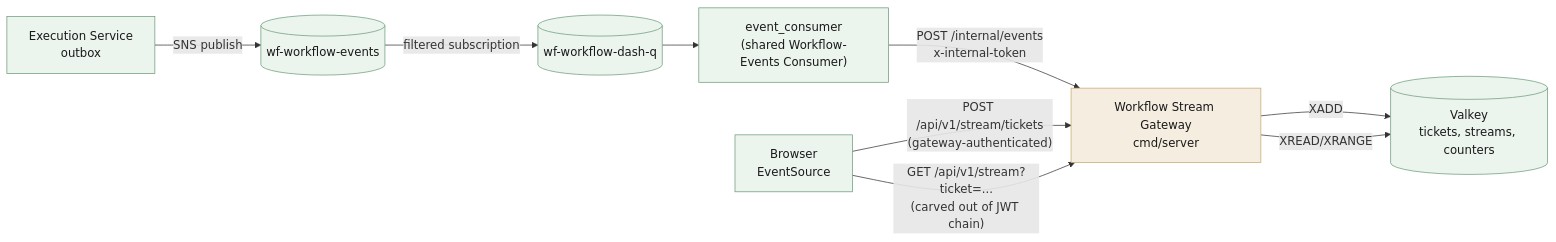
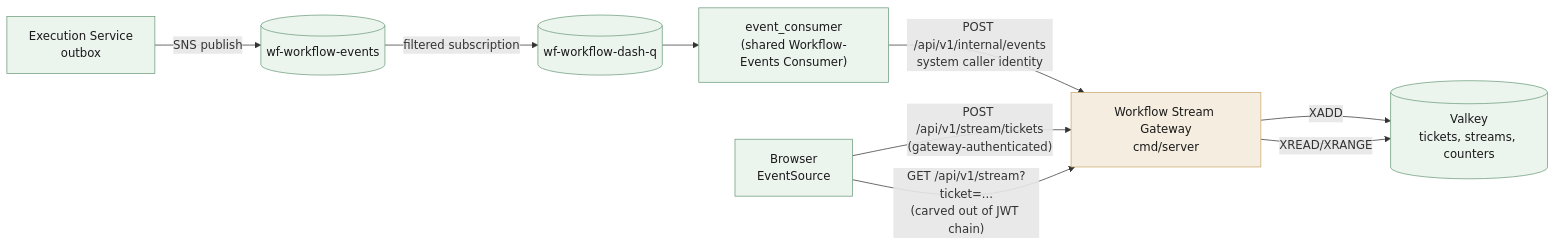
Before and after one commit to BCBP-SOLUTIONS-FZC-LLC/workflow-stream-gateway: the diagram in docs/lld/workflow_stream_gateway.md, drawn with Mermaid. The commit also changed other lines of this file and 32 other files, not shown here.

First line of the commit message:
feat(auth): the internal route admits the system caller identity instead of the shared token (#7)

````diff
--- a/docs/lld/workflow_stream_gateway.md
+++ b/docs/lld/workflow_stream_gateway.md
@@ -78,16 +80,16 @@
 ```mermaid
 flowchart LR
     EX["Execution Service<br/>outbox"] -->|SNS publish| TOPIC[("wf-workflow-events")]
     TOPIC -->|filtered subscription| Q[("wf-workflow-dash-q")]
     Q --> EC["event_consumer<br/>(shared Workflow-Events Consumer)"]
-    EC -->|POST /internal/events<br/>x-internal-token| GW["Workflow Stream Gateway<br/>cmd/server"]
+    EC -->|POST /api/v1/internal/events<br/>system caller identity| GW["Workflow Stream Gateway<br/>cmd/server"]
     GW -->|XADD| VK[("Valkey<br/>tickets, streams, counters")]
     Browser["Browser<br/>EventSource"] -->|"POST /api/v1/stream/tickets<br/>(gateway-authenticated)"| GW
     Browser -->|"GET /api/v1/stream?ticket=...<br/>(carved out of JWT chain)"| GW
     GW -->|XREAD/XRANGE| VK
 
     classDef svc fill:#f4ede0,stroke:#c9a96b,color:#1a1a1a;
     classDef ext fill:#ecf4ee,stroke:#6b9c7a,color:#1a1a1a;
     class GW svc;
     class EX,EC,TOPIC,Q,VK,Browser ext;
 ```
````
